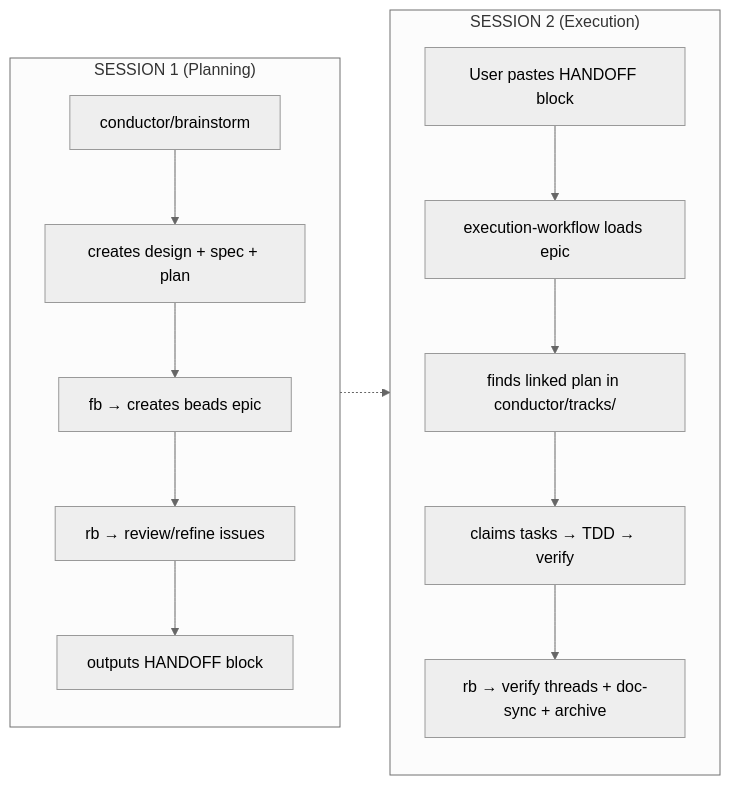
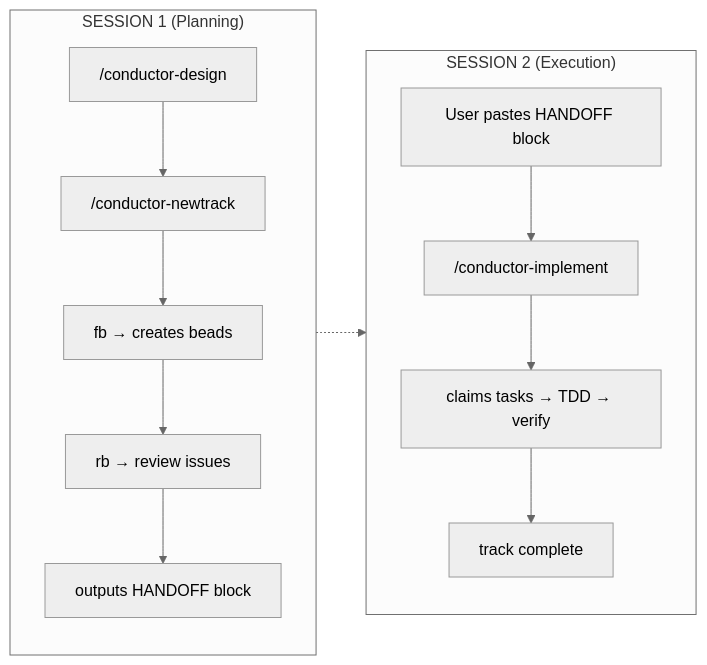
The diagram in README.md (ReinaMacCredy/maestro), drawn with Mermaid (neutral theme) before and after one commit. The commit also changed other lines of this file and 26 other files, not shown here.

First line of the commit message:
refactor: Remove `execution-workflow` and `brainstorming` skills, add `conductor-design` command, and update related skill and conductor documentation.

````diff
--- a/README.md
+++ b/README.md
@@ -230,32 +231,30 @@
 ```mermaid
 flowchart LR
     subgraph SESSION1["SESSION 1 (Planning)"]
         direction TB
-        brainstorm["conductor/brainstorm"]
-        design["creates design + spec + plan"]
-        fb["fb → creates beads epic"]
-        rb1["rb → review/refine issues"]
+        design["/conductor-design"]
+        newtrack["/conductor-newtrack"]
+        fb["fb → creates beads"]
+        rb1["rb → review issues"]
         handoff["outputs HANDOFF block"]
         
-        brainstorm --> design
-        design --> fb
+        design --> newtrack
+        newtrack --> fb
         fb --> rb1
         rb1 --> handoff
     end
     
     subgraph SESSION2["SESSION 2 (Execution)"]
         direction TB
         paste["User pastes HANDOFF block"]
-        load["execution-workflow loads epic"]
-        find["finds linked plan in conductor/tracks/"]
+        implement["/conductor-implement"]
         tdd["claims tasks → TDD → verify"]
-        rb2["rb → verify threads + doc-sync + archive"]
+        complete["track complete"]
         
-        paste --> load
-        load --> find
-        find --> tdd
-        tdd --> rb2
+        paste --> implement
+        implement --> tdd
+        tdd --> complete
     end
     
     handoff -.-> paste
 ```
````
